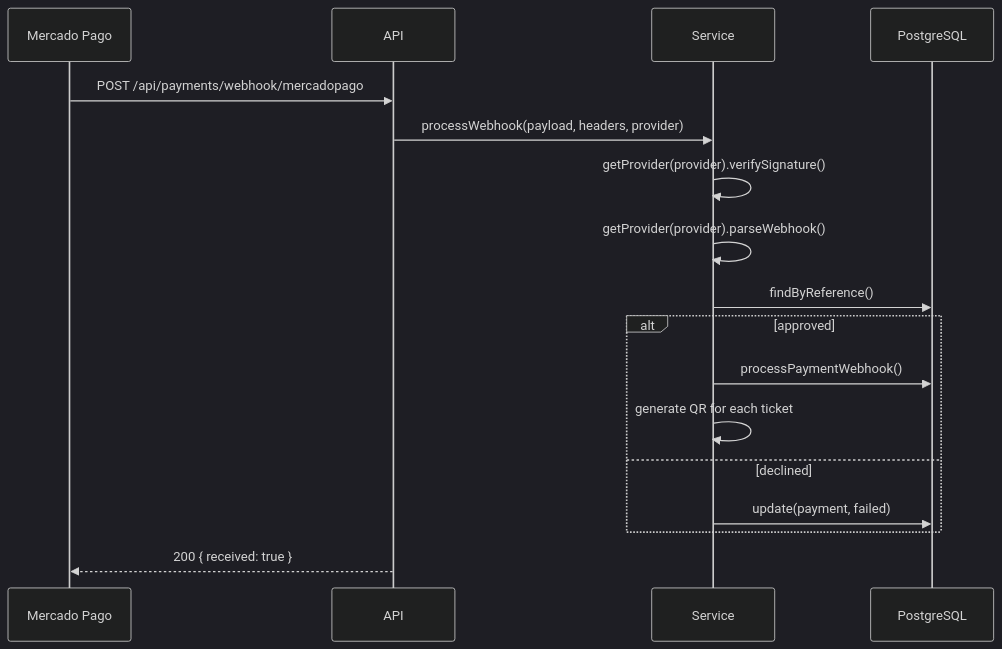
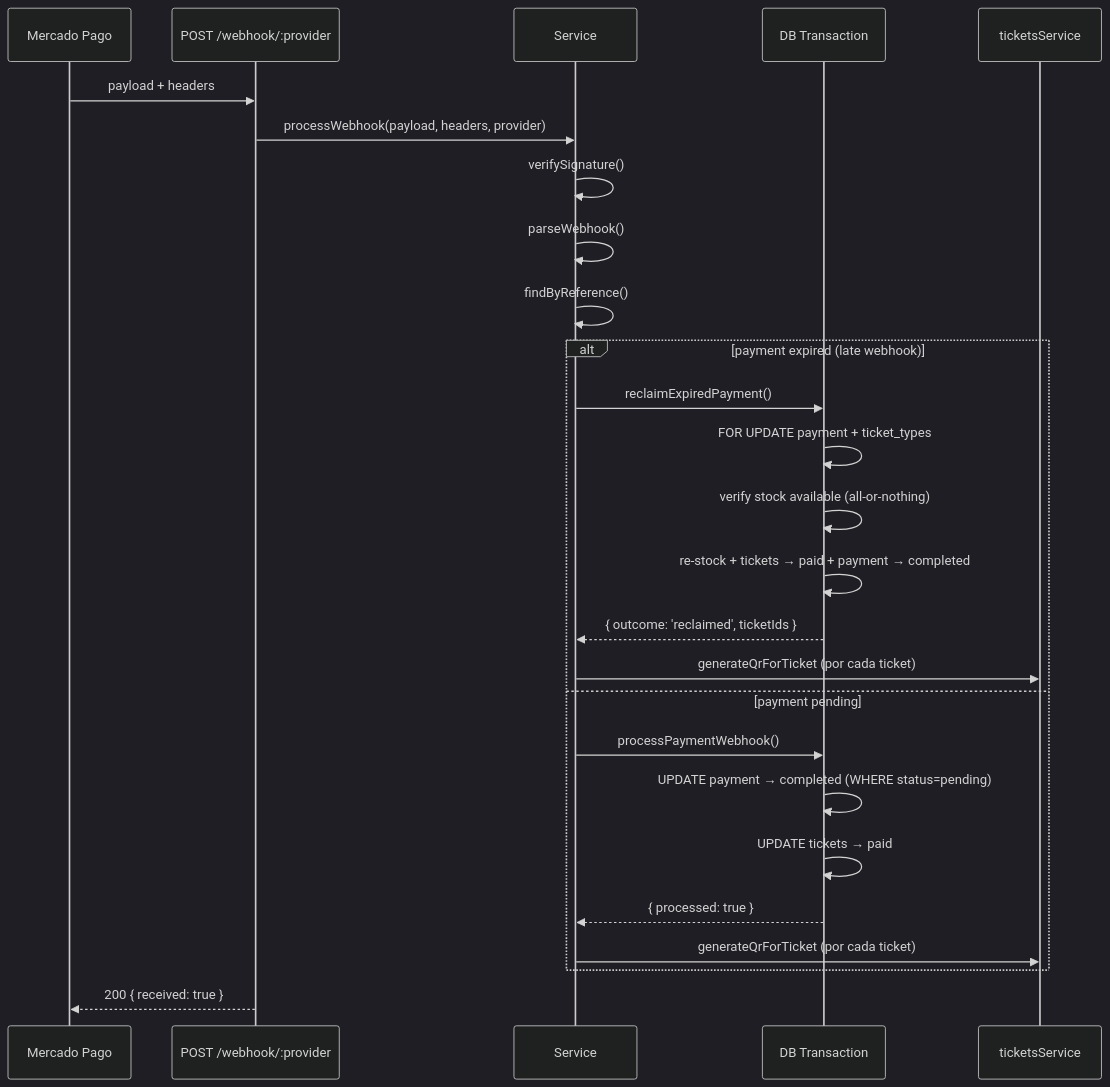
The second of 4 diagrams in backend/src/modules/payments/README.md (User281167/venta-de-tickets), drawn with Mermaid (dark theme) before and after one commit. The commit also changed other lines of this file and 6 other files, not shown here.

Commit message:
docs: mejroar readme y actulizarlos tanto tipos y rutas como diagramas de flujo

````diff
--- a/backend/src/modules/payments/README.md
+++ b/backend/src/modules/payments/README.md
@@ -56,20 +131,29 @@
 ```mermaid
 sequenceDiagram
     participant MP as Mercado Pago
-    participant API as API
+    participant API as POST /webhook/:provider
     participant S as Service
-    participant DB as PostgreSQL
+    participant Tx as DB Transaction
+    participant TS as ticketsService
 
-    MP->>API: POST /api/payments/webhook/mercadopago
+    MP->>API: payload + headers
     API->>S: processWebhook(payload, headers, provider)
-    S->>S: getProvider(provider).verifySignature()
-    S->>S: getProvider(provider).parseWebhook()
-    S->>DB: findByReference()
-    alt approved
-        S->>DB: processPaymentWebhook()
-        S->>S: generate QR for each ticket
-    else declined
-        S->>DB: update(payment, failed)
+    S->>S: verifySignature()
+    S->>S: parseWebhook()
+    S->>S: findByReference()
+    alt payment expired (late webhook)
+        S->>Tx: reclaimExpiredPayment()
+        Tx->>Tx: FOR UPDATE payment + ticket_types
+        Tx->>Tx: verify stock available (all-or-nothing)
+        Tx->>Tx: re-stock + tickets → paid + payment → completed
+        Tx-->>S: { outcome: 'reclaimed', ticketIds }
+        S->>TS: generateQrForTicket (por cada ticket)
+    else payment pending
+        S->>Tx: processPaymentWebhook()
+        Tx->>Tx: UPDATE payment → completed (WHERE status=pending)
+        Tx->>Tx: UPDATE tickets → paid
+        Tx-->>S: { processed: true }
+        S->>TS: generateQrForTicket (por cada ticket)
     end
     API-->>MP: 200 { received: true }
 ```
````
